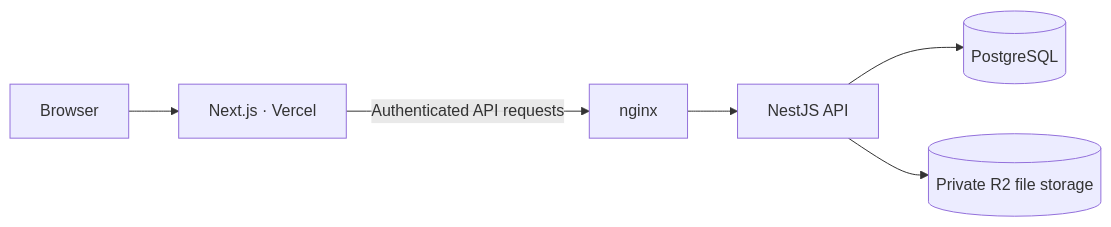
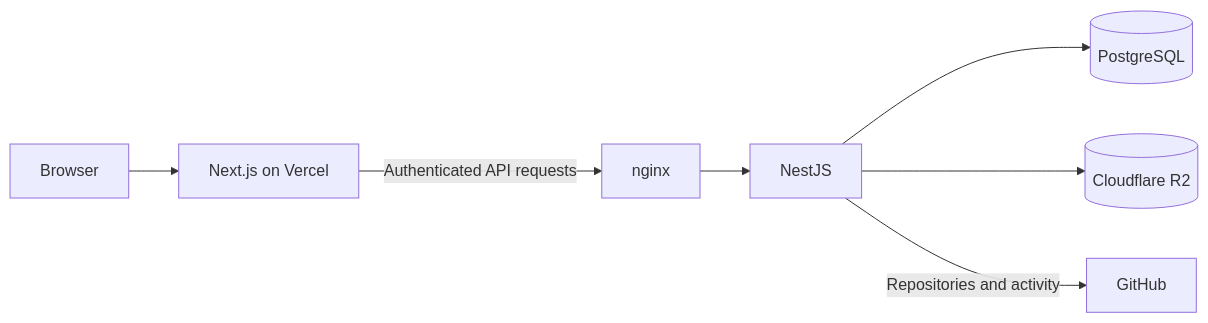
The second of 2 diagrams in README.en.md (JNU-SWCU/oss-hub), drawn with Mermaid before and after one commit. The commit also changed other lines of this file and 8 other files, not shown here.

````diff
--- a/README.en.md
+++ b/README.en.md
@@ -192,8 +215,9 @@
 ```mermaid
 flowchart LR
-  Browser[Browser] --> Frontend[Next.js · Vercel]
-  Frontend -->|Authenticated API requests| Ingress[nginx]
-  Ingress --> Backend[NestJS API]
+  Browser[Browser] --> Frontend[Next.js on Vercel]
+  Frontend -->|Authenticated API requests| Nginx[nginx]
+  Nginx --> Backend[NestJS]
   Backend --> Database[(PostgreSQL)]
-  Backend --> Files[(Private R2 file storage)]
+  Backend --> Storage[(Cloudflare R2)]
+  Backend -->|Repositories and activity| GitHub[GitHub]
 ```
````
